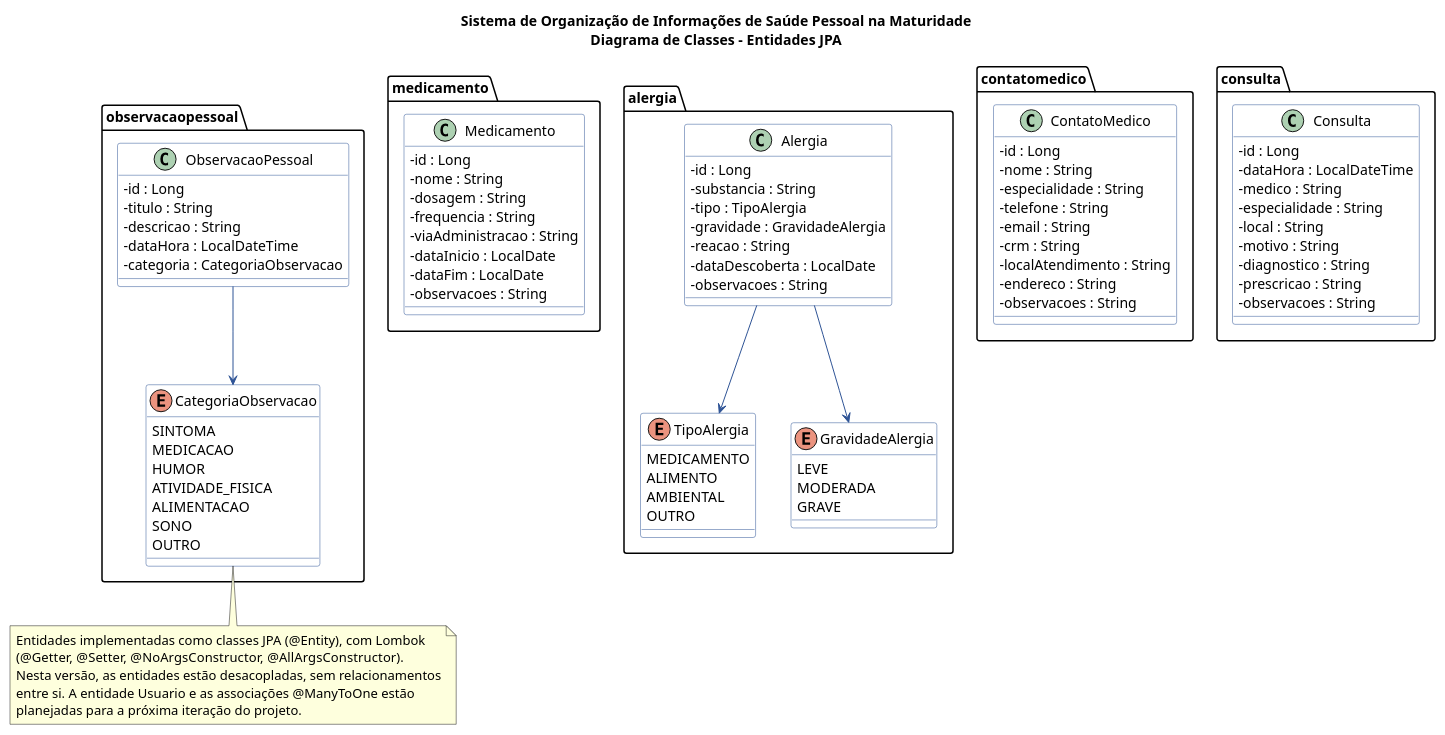
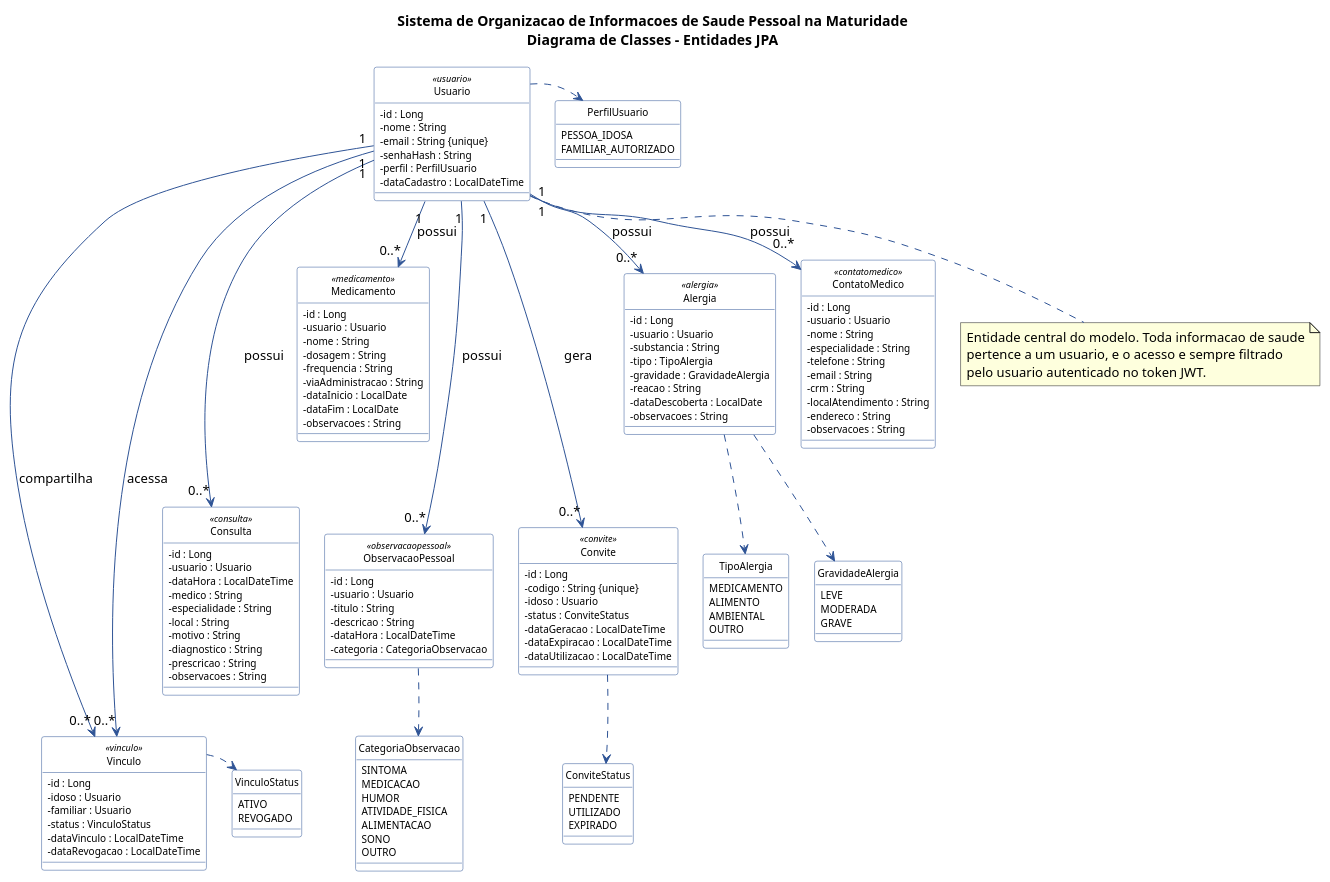
The diagram in saude-maturidade/docs/diagrama-classes.puml (VitorAzevedo1/tcc-vitor-hugo-franco), drawn with PlantUML before and after one commit. The commit also changed 2 other files, not shown here.

Commit message:
Estruturando melhor o README.md e subindo arquivos dos diagramas

```diff
--- a/saude-maturidade/docs/diagrama-classes.puml
+++ b/saude-maturidade/docs/diagrama-classes.puml
@@ -1,117 +1,196 @@
 @startuml Diagrama de Classes - Entidades JPA
 
 skinparam class {
     BackgroundColor White
     BorderColor #2F5496
     ArrowColor #2F5496
     FontName Arial
+    FontSize 11
+    AttributeFontSize 10
+    StereotypeFontSize 9
 }
-
 skinparam enum {
     BackgroundColor #E8F0F8
     BorderColor #2F5496
+    FontSize 11
+    AttributeFontSize 10
+}
+skinparam classAttributeIconSize 0
+skinparam nodesep 25
+skinparam ranksep 40
+hide circle
+
+title Sistema de Organizacao de Informacoes de Saude Pessoal na Maturidade\nDiagrama de Classes - Entidades JPA
+
+' ===================== CLASSES =====================
+
+class Usuario <<usuario>> {
+    - id : Long
+    - nome : String
+    - email : String {unique}
+    - senhaHash : String
+    - perfil : PerfilUsuario
+    - dataCadastro : LocalDateTime
 }
 
-skinparam classAttributeIconSize 0
-
-title Sistema de Organização de Informações de Saúde Pessoal na Maturidade\nDiagrama de Classes - Entidades JPA
-
-package "medicamento" {
-    class Medicamento {
-        - id : Long
-        - nome : String
-        - dosagem : String
-        - frequencia : String
-        - viaAdministracao : String
-        - dataInicio : LocalDate
-        - dataFim : LocalDate
-        - observacoes : String
-    }
+enum PerfilUsuario {
+    PESSOA_IDOSA
+    FAMILIAR_AUTORIZADO
 }
 
-package "alergia" {
-    class Alergia {
-        - id : Long
-        - substancia : String
-        - tipo : TipoAlergia
-        - gravidade : GravidadeAlergia
-        - reacao : String
-        - dataDescoberta : LocalDate
-        - observacoes : String
-    }
-
-    enum TipoAlergia {
-        MEDICAMENTO
-        ALIMENTO
-        AMBIENTAL
-        OUTRO
-    }
-
-    enum GravidadeAlergia {
-        LEVE
-        MODERADA
-        GRAVE
-    }
+class Medicamento <<medicamento>> {
+    - id : Long
+    - usuario : Usuario
+    - nome : String
+    - dosagem : String
+    - frequencia : String
+    - viaAdministracao : String
+    - dataInicio : LocalDate
+    - dataFim : LocalDate
+    - observacoes : String
 }
 
-package "contatomedico" {
-    class ContatoMedico {
-        - id : Long
-        - nome : String
-        - especialidade : String
-        - telefone : String
-        - email : String
-        - crm : String
-        - localAtendimento : String
-        - endereco : String
-        - observacoes : String
-    }
+class Alergia <<alergia>> {
+    - id : Long
+    - usuario : Usuario
+    - substancia : String
+    - tipo : TipoAlergia
+    - gravidade : GravidadeAlergia
+    - reacao : String
+    - dataDescoberta : LocalDate
+    - observacoes : String
 }
 
-package "consulta" {
-    class Consulta {
-        - id : Long
-        - dataHora : LocalDateTime
-        - medico : String
-        - especialidade : String
-        - local : String
-        - motivo : String
-        - diagnostico : String
-        - prescricao : String
-        - observacoes : String
-    }
+enum TipoAlergia {
+    MEDICAMENTO
+    ALIMENTO
+    AMBIENTAL
+    OUTRO
 }
 
-package "observacaopessoal" {
-    class ObservacaoPessoal {
-        - id : Long
-        - titulo : String
-        - descricao : String
-        - dataHora : LocalDateTime
-        - categoria : CategoriaObservacao
-    }
-
-    enum CategoriaObservacao {
-        SINTOMA
-        MEDICACAO
-        HUMOR
-        ATIVIDADE_FISICA
-        ALIMENTACAO
-        SONO
-        OUTRO
-    }
+enum GravidadeAlergia {
+    LEVE
+    MODERADA
+    GRAVE
 }
 
-Alergia --> TipoAlergia
-Alergia --> GravidadeAlergia
-ObservacaoPessoal --> CategoriaObservacao
+class ContatoMedico <<contatomedico>> {
+    - id : Long
+    - usuario : Usuario
+    - nome : String
+    - especialidade : String
+    - telefone : String
+    - email : String
+    - crm : String
+    - localAtendimento : String
+    - endereco : String
+    - observacoes : String
+}
 
-note bottom
-    Entidades implementadas como classes JPA (@Entity), com Lombok
-    (@Getter, @Setter, @NoArgsConstructor, @AllArgsConstructor).
-    Nesta versão, as entidades estão desacopladas, sem relacionamentos
-    entre si. A entidade Usuario e as associações @ManyToOne estão
-    planejadas para a próxima iteração do projeto.
+class Consulta <<consulta>> {
+    - id : Long
+    - usuario : Usuario
+    - dataHora : LocalDateTime
+    - medico : String
+    - especialidade : String
+    - local : String
+    - motivo : String
+    - diagnostico : String
+    - prescricao : String
+    - observacoes : String
+}
+
+class ObservacaoPessoal <<observacaopessoal>> {
+    - id : Long
+    - usuario : Usuario
+    - titulo : String
+    - descricao : String
+    - dataHora : LocalDateTime
+    - categoria : CategoriaObservacao
+}
+
+enum CategoriaObservacao {
+    SINTOMA
+    MEDICACAO
+    HUMOR
+    ATIVIDADE_FISICA
+    ALIMENTACAO
+    SONO
+    OUTRO
+}
+
+class Convite <<convite>> {
+    - id : Long
+    - codigo : String {unique}
+    - idoso : Usuario
+    - status : ConviteStatus
+    - dataGeracao : LocalDateTime
+    - dataExpiracao : LocalDateTime
+    - dataUtilizacao : LocalDateTime
+}
+
+enum ConviteStatus {
+    PENDENTE
+    UTILIZADO
+    EXPIRADO
+}
+
+class Vinculo <<vinculo>> {
+    - id : Long
+    - idoso : Usuario
+    - familiar : Usuario
+    - status : VinculoStatus
+    - dataVinculo : LocalDateTime
+    - dataRevogacao : LocalDateTime
+}
+
+enum VinculoStatus {
+    ATIVO
+    REVOGADO
+}
+
+' ===================== LAYOUT (links invisiveis) =====================
+
+Usuario -[hidden]right- PerfilUsuario
+
+Usuario -[hidden]down- Medicamento
+Medicamento -[hidden]right- Alergia
+Alergia -[hidden]right- ContatoMedico
+
+Medicamento -[hidden]down- Consulta
+Consulta -[hidden]right- ObservacaoPessoal
+ObservacaoPessoal -[hidden]right- Convite
+
+Consulta -[hidden]down- Vinculo
+Alergia -[hidden]down- TipoAlergia
+TipoAlergia -[hidden]right- GravidadeAlergia
+
+ObservacaoPessoal -[hidden]down- CategoriaObservacao
+Convite -[hidden]down- ConviteStatus
+Vinculo -[hidden]right- VinculoStatus
+
+' ===================== ASSOCIACOES =====================
+
+Usuario "1" --> "0..*" Medicamento : possui
+Usuario "1" --> "0..*" Alergia : possui
+Usuario "1" --> "0..*" ContatoMedico : possui
+Usuario "1" --> "0..*" Consulta : possui
+Usuario "1" --> "0..*" ObservacaoPessoal : possui
+Usuario "1" --> "0..*" Convite : gera
+Usuario "1" --> "0..*" Vinculo : compartilha
+Usuario "1" --> "0..*" Vinculo : acessa
+
+Usuario ..> PerfilUsuario
+Alergia ..> TipoAlergia
+Alergia ..> GravidadeAlergia
+ObservacaoPessoal ..> CategoriaObservacao
+Convite ..> ConviteStatus
+Vinculo ..> VinculoStatus
+
+note bottom of Usuario
+  Entidade central do modelo. Toda informacao de saude
+  pertence a um usuario, e o acesso e sempre filtrado
+  pelo usuario autenticado no token JWT.
 end note
 
 @enduml
```
